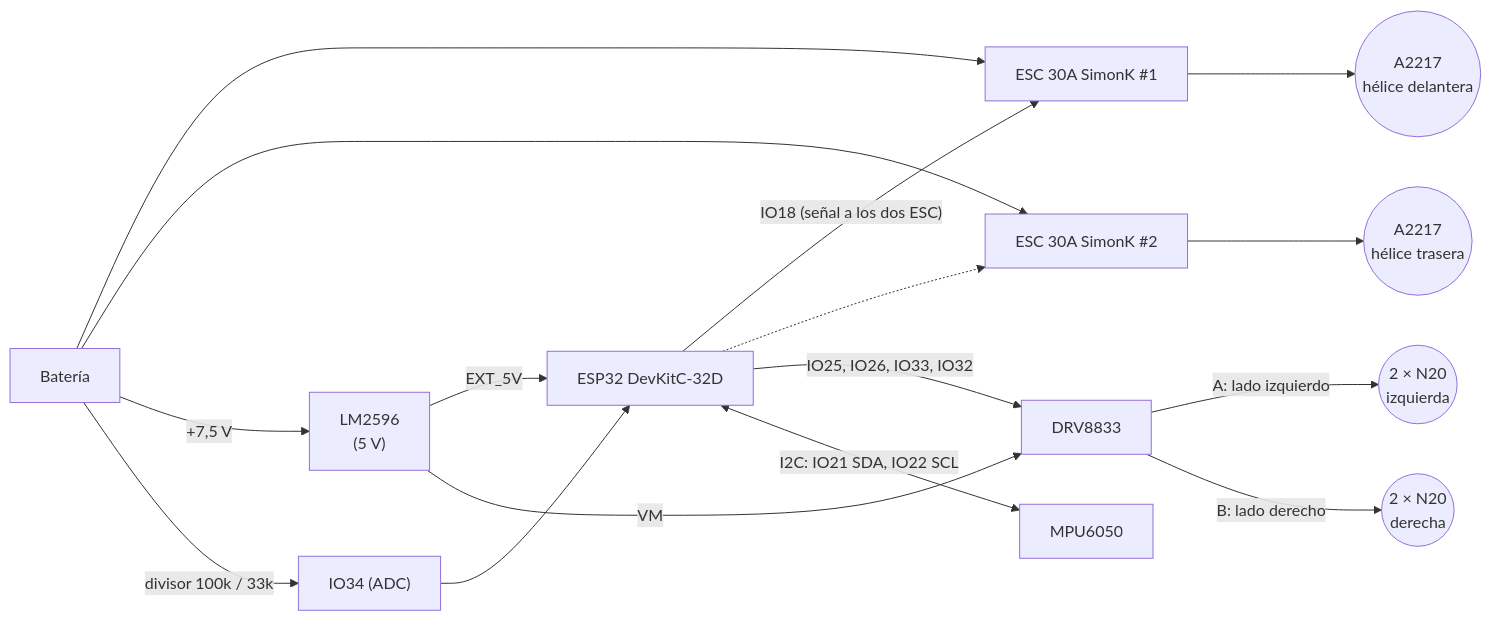
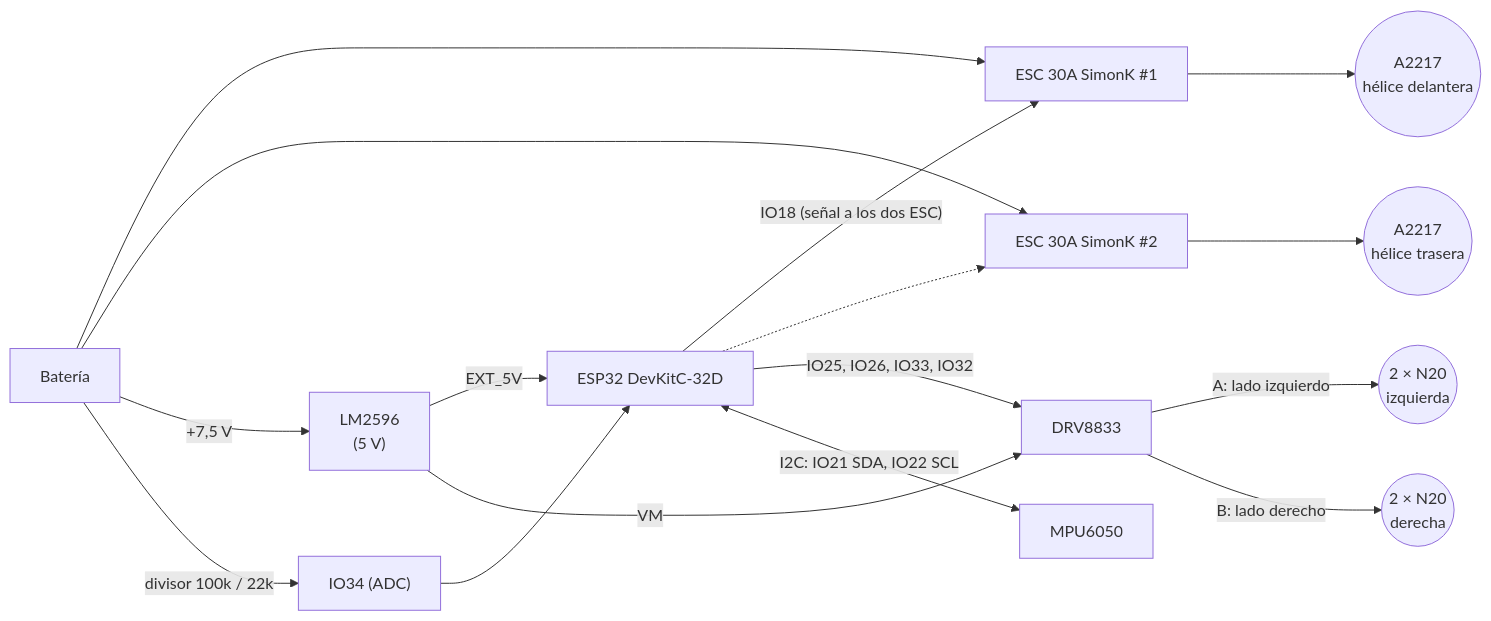
One commit to saratatianatorres-ops/Escalador changed the diagram in hardware/README.md. Above: the diagram before and after it, drawn with Mermaid. The commit also changed other lines of this file and 15 other files, not shown here.

````diff
--- a/hardware/README.md
+++ b/hardware/README.md
@@ -14,15 +25,15 @@
 ```mermaid
 flowchart LR
     BAT["Batería"] --> ESC1["ESC 30A SimonK #1"] --> M1(("A2217<br/>hélice delantera"))
     BAT --> ESC2["ESC 30A SimonK #2"] --> M2(("A2217<br/>hélice trasera"))
     BAT -->|"+7,5 V"| REG["LM2596<br/>(5 V)"]
     REG -->|"EXT_5V"| ESP["ESP32 DevKitC-32D"]
     REG -->|"VM"| DRV["DRV8833"]
     ESP -->|"IO18 (señal a los dos ESC)"| ESC1
     ESP -.-> ESC2
     ESP -->|"IO25, IO26, IO33, IO32"| DRV
     DRV -->|"A: lado izquierdo"| NL(("2 × N20<br/>izquierda"))
     DRV -->|"B: lado derecho"| NR(("2 × N20<br/>derecha"))
     ESP <-->|"I2C: IO21 SDA, IO22 SCL"| IMU["MPU6050"]
-    BAT -->|"divisor 100k / 33k"| DIV["IO34 (ADC)"] --> ESP
+    BAT -->|"divisor 100k / 22k"| DIV["IO34 (ADC)"] --> ESP
 ```
````
